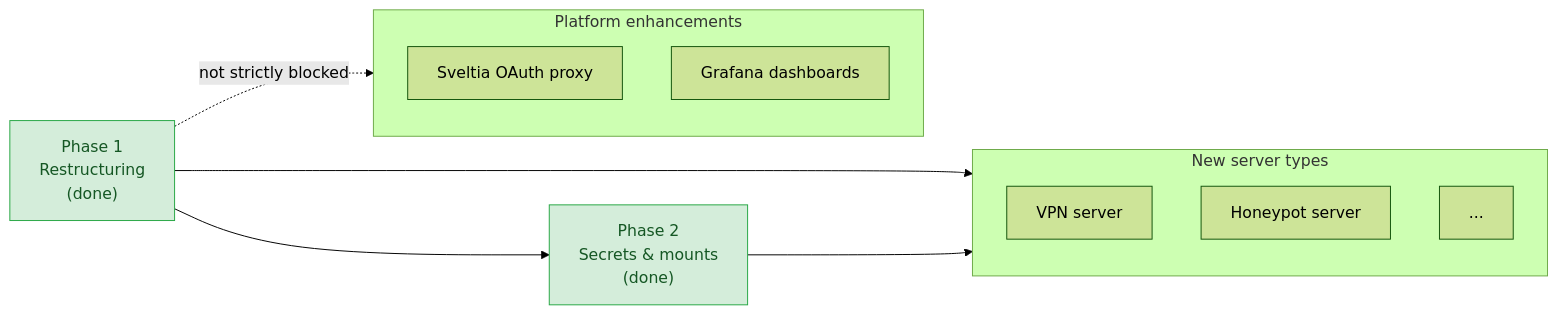
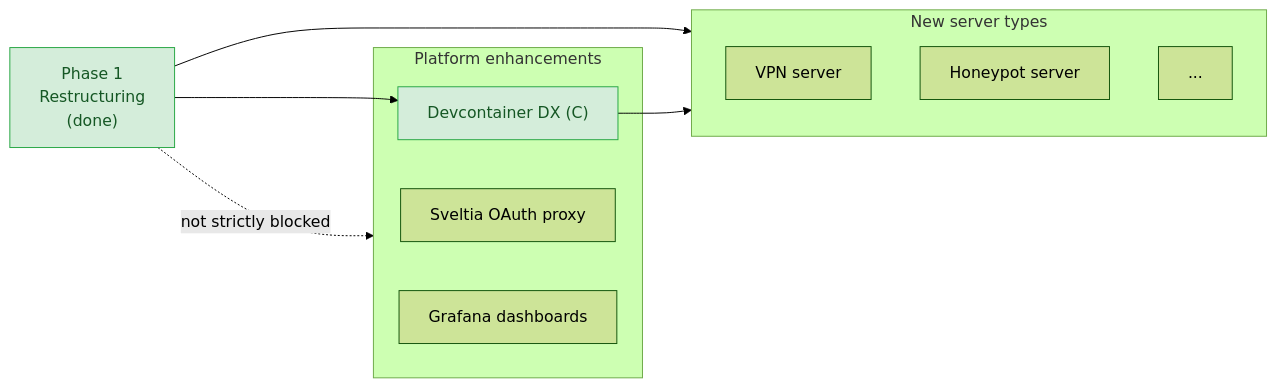
The diagram in docs/future/README.md (rednaw/iac), drawn with Mermaid (forest theme) before and after one commit. The commit also changed other lines of this file and 13 other files, not shown here.

````diff
--- a/docs/future/README.md
+++ b/docs/future/README.md
@@ -7,25 +7,26 @@
 ```mermaid
 flowchart LR
     restructure["Phase 1<br/>Restructuring<br/>(done)"]
     dx["Phase 2<br/>Secrets & mounts<br/>(done)"]
 
     subgraph servers ["New server types"]
         vpn["VPN server"]
         honeypot["Honeypot server"]
         future["..."]
     end
 
     subgraph enhancements ["Platform enhancements"]
         auth["Sveltia OAuth proxy"]
+        dx["Devcontainer DX (C)"]
         grafana["Grafana dashboards"]
     end
 
     restructure --> servers
     restructure --> dx
     dx --> servers
     restructure -.->|not strictly blocked| enhancements
 
     classDef done fill:#d4edda,stroke:#28a745,color:#155724
     class restructure done
     class dx done
 ```
````
